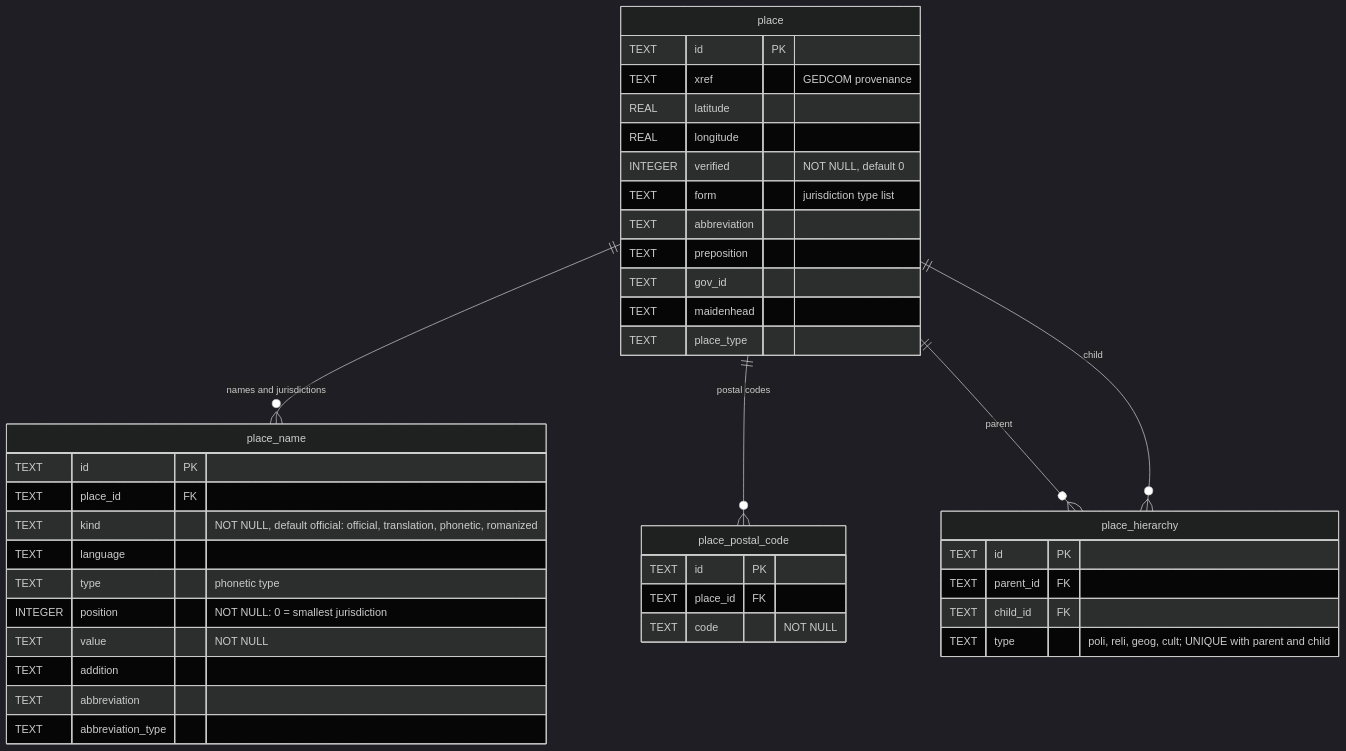
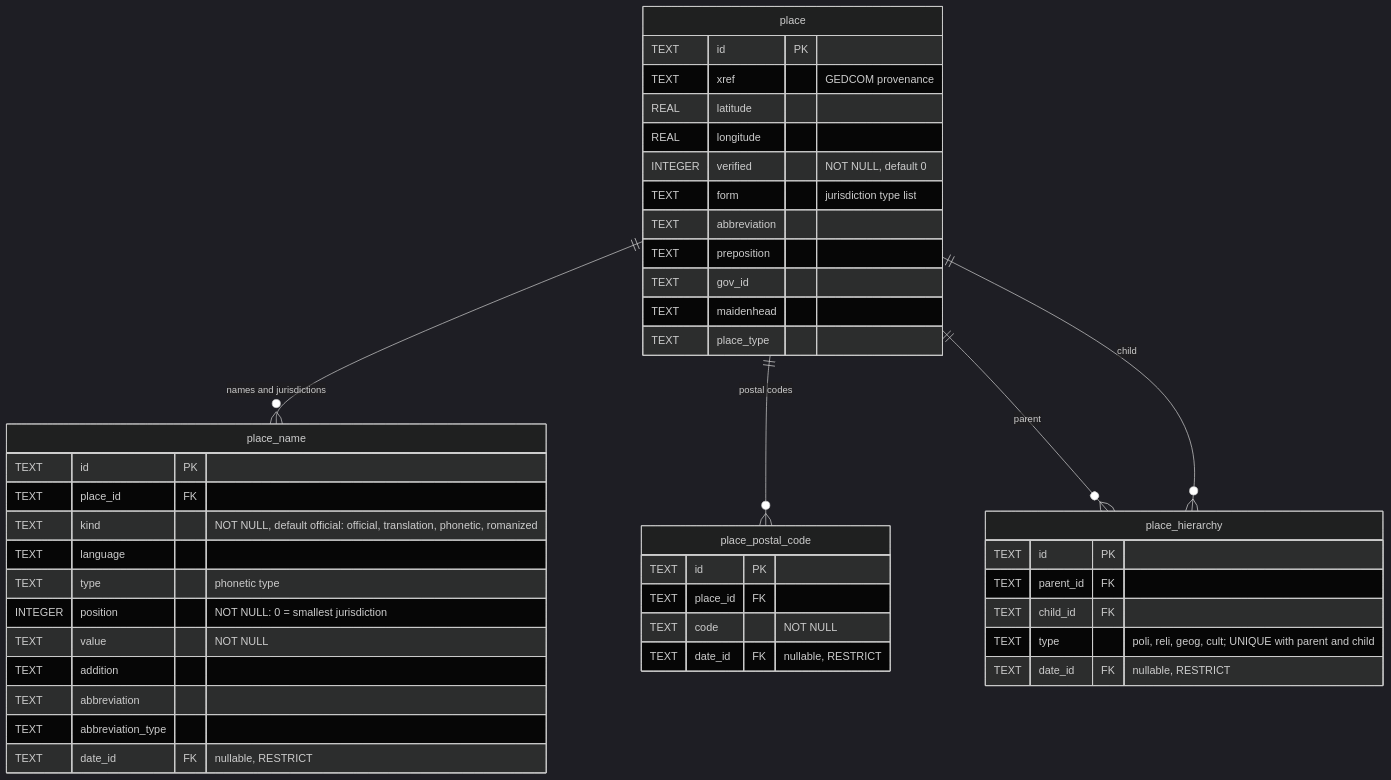
One commit to borisovodov/doru changed the sixth of 12 diagrams in docs/db-schema.md. Above: the diagram before and after it, drawn with Mermaid (dark theme). The commit also changed other lines of this file and 14 other files, not shown here.

````diff
--- a/docs/db-schema.md
+++ b/docs/db-schema.md
@@ -420,47 +444,50 @@
 ```mermaid
 erDiagram
     place ||--o{ place_name : "names and jurisdictions"
     place ||--o{ place_postal_code : "postal codes"
     place ||--o{ place_hierarchy : "parent"
     place ||--o{ place_hierarchy : "child"
 
     place {
         TEXT id PK
         TEXT xref "GEDCOM provenance"
         REAL latitude
         REAL longitude
         INTEGER verified "NOT NULL, default 0"
         TEXT form "jurisdiction type list"
         TEXT abbreviation
         TEXT preposition
         TEXT gov_id
         TEXT maidenhead
         TEXT place_type
     }
 
     place_name {
         TEXT id PK
         TEXT place_id FK
         TEXT kind "NOT NULL, default official: official, translation, phonetic, romanized"
         TEXT language
         TEXT type "phonetic type"
         INTEGER position "NOT NULL: 0 = smallest jurisdiction"
         TEXT value "NOT NULL"
         TEXT addition
         TEXT abbreviation
         TEXT abbreviation_type
+        TEXT date_id FK "nullable, RESTRICT"
     }
 
     place_hierarchy {
         TEXT id PK
         TEXT parent_id FK
         TEXT child_id FK
         TEXT type "poli, reli, geog, cult; UNIQUE with parent and child"
+        TEXT date_id FK "nullable, RESTRICT"
     }
 
     place_postal_code {
         TEXT id PK
         TEXT place_id FK
         TEXT code "NOT NULL"
+        TEXT date_id FK "nullable, RESTRICT"
     }
 ```
````
